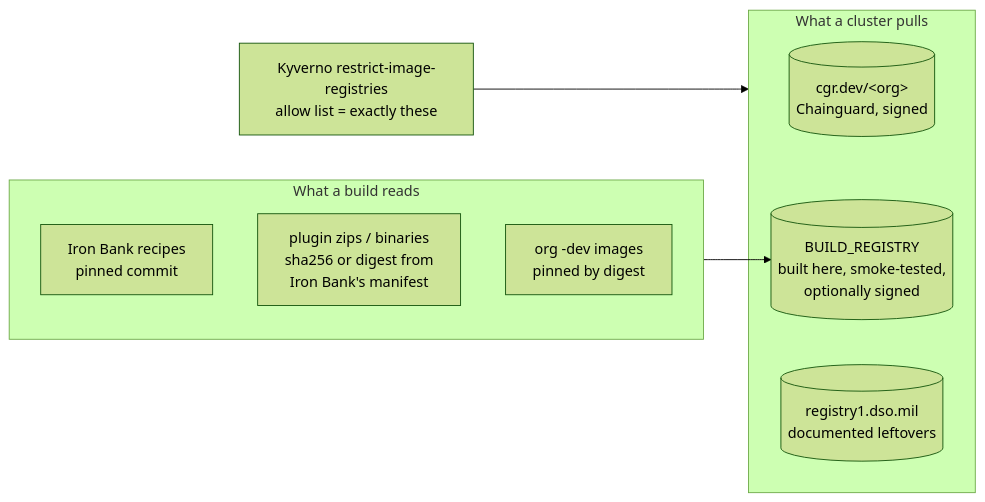
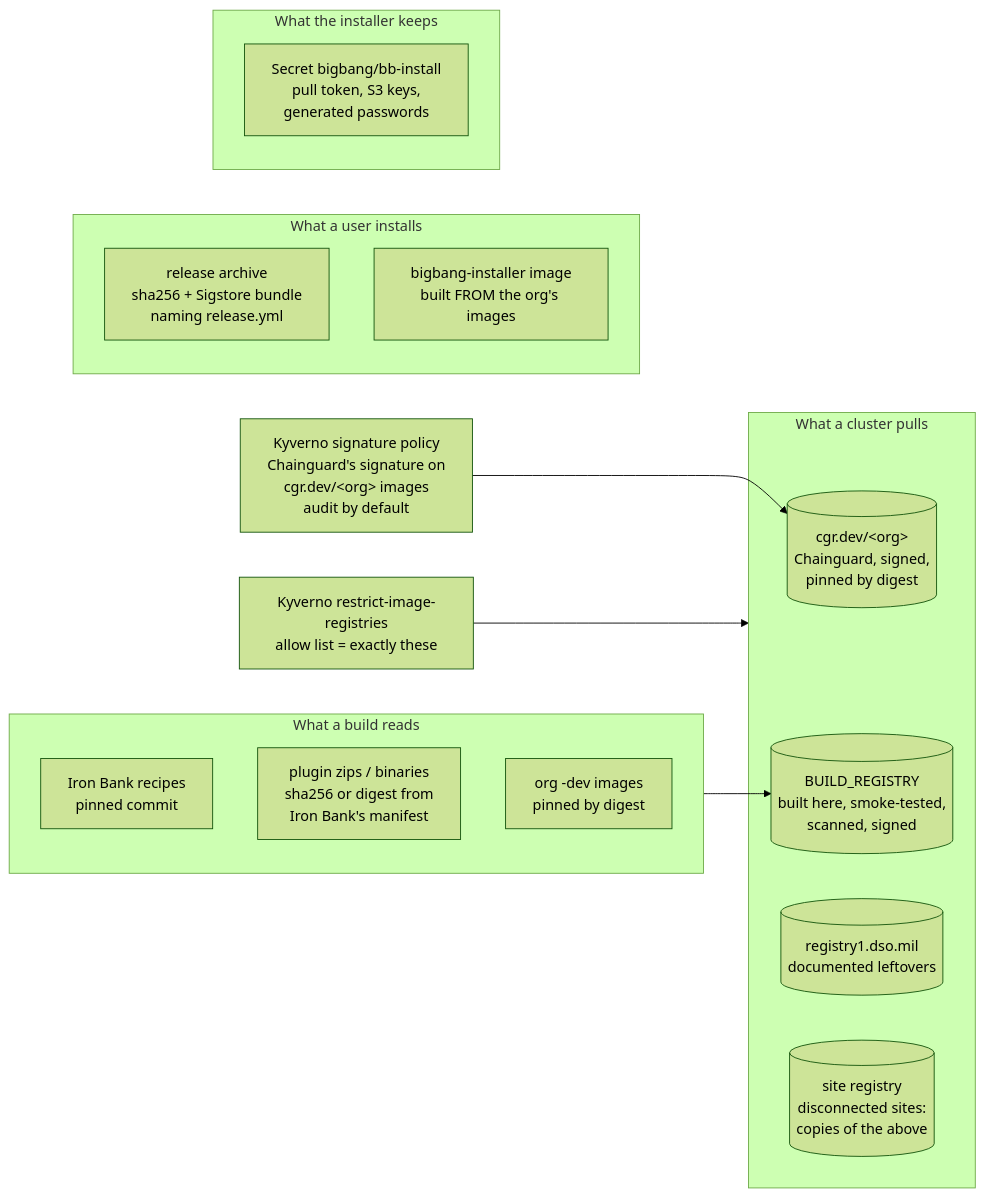
The eighth of 9 diagrams in docs/architecture.md (Zapata-Technology/bigbang-chainguard), drawn with Mermaid (forest theme) before and after one commit. The commit also changed other lines of this file and 11 other files, not shown here.

First line of the commit message:
Security: signature audit by default, signed releases, CVE gate, GitLab GODEBUG; docs

````diff
--- a/docs/architecture.md
+++ b/docs/architecture.md
@@ -212,15 +221,24 @@
 ```mermaid
 flowchart LR
     subgraph trusted[What a cluster pulls]
-        CG[(cgr.dev/&lt;org&gt;<br/>Chainguard, signed)]
-        BR[(BUILD_REGISTRY<br/>built here, smoke-tested,<br/>optionally signed)]
+        CG[(cgr.dev/&lt;org&gt;<br/>Chainguard, signed,<br/>pinned by digest)]
+        BR[(BUILD_REGISTRY<br/>built here, smoke-tested,<br/>scanned, signed)]
         IBR[(registry1.dso.mil<br/>documented leftovers)]
+        SR[(site registry<br/>disconnected sites:<br/>copies of the above)]
     end
     K[Kyverno restrict-image-registries<br/>allow list = exactly these] --> trusted
+    S[Kyverno signature policy<br/>Chainguard's signature on<br/>cgr.dev/&lt;org&gt; images<br/>audit by default] --> CG
     subgraph build[What a build reads]
         IBRec[Iron Bank recipes<br/>pinned commit]
         Z[plugin zips / binaries<br/>sha256 or digest from<br/>Iron Bank's manifest]
         CGd[org -dev images<br/>pinned by digest]
     end
     build --> BR
+    subgraph user[What a user installs]
+        REL[release archive<br/>sha256 + Sigstore bundle<br/>naming release.yml]
+        INS[bigbang-installer image<br/>built FROM the org's images]
+    end
+    subgraph state[What the installer keeps]
+        SEC[Secret bigbang/bb-install<br/>pull token, S3 keys,<br/>generated passwords]
+    end
 ```
````
